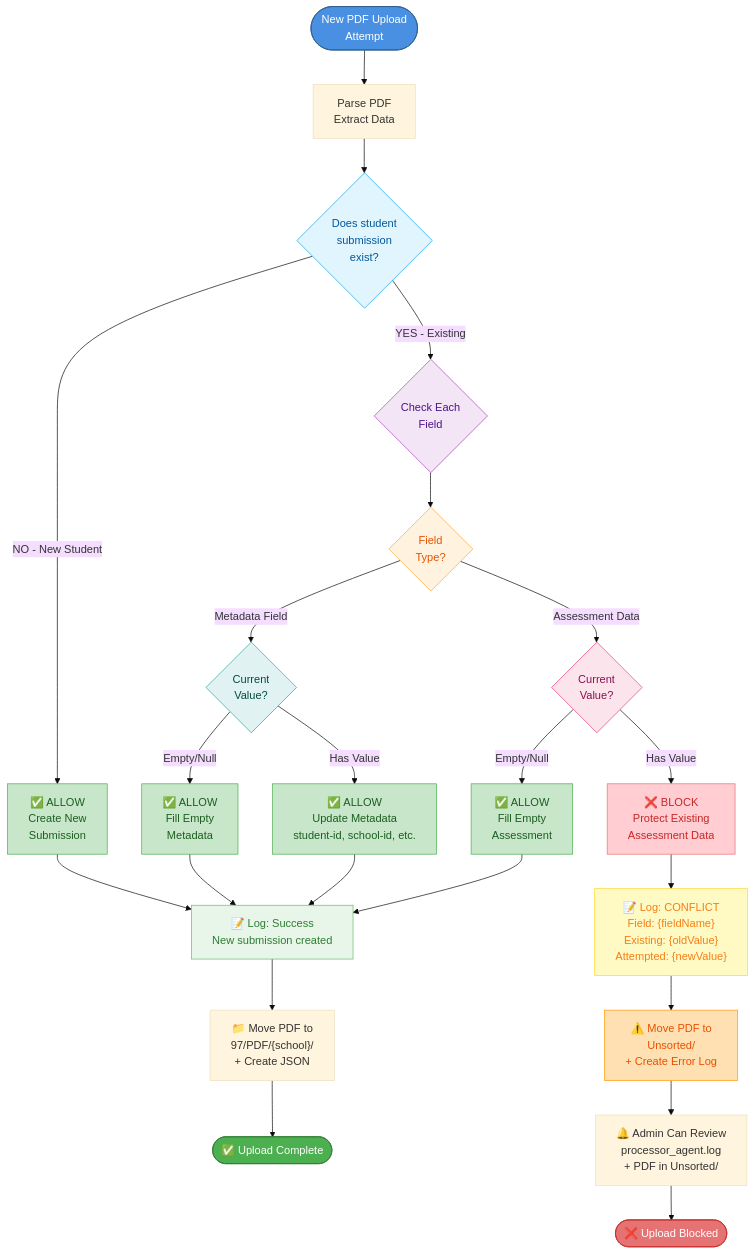
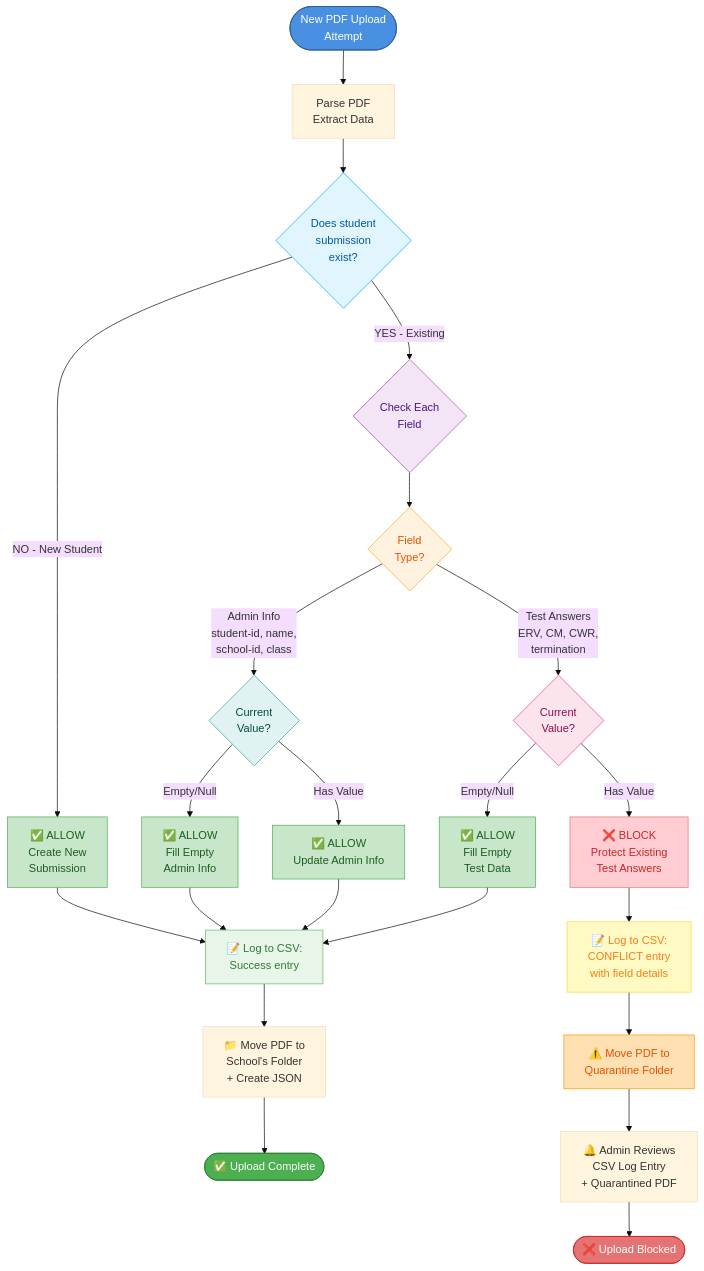
Before and after one commit to herman925/4Set-Server: the fourth of 4 diagrams in PRDs/assessment_uploader_user_guide_prd.md, drawn with Mermaid (base theme). The commit also changed other lines of this file and 1 other file, not shown here.

Commit message:
Fix flowchart terminology, folder paths, log format, and styling issues per feedback

````diff
--- a/PRDs/assessment_uploader_user_guide_prd.md
+++ b/PRDs/assessment_uploader_user_guide_prd.md
@@ -401,52 +407,52 @@
 ```mermaid
 flowchart TD
     Start([New PDF Upload<br/>Attempt]) --> Parse[Parse PDF<br/>Extract Data]
     
     Parse --> Search{Does student<br/>submission<br/>exist?}
     
     Search -->|NO - New Student| AllowNew[✅ ALLOW<br/>Create New<br/>Submission]
     Search -->|YES - Existing| CheckFields{Check Each<br/>Field}
     
     CheckFields --> FieldType{Field<br/>Type?}
     
-    FieldType -->|Metadata Field| MetaCheck{Current<br/>Value?}
-    MetaCheck -->|Empty/Null| AllowMeta[✅ ALLOW<br/>Fill Empty<br/>Metadata]
-    MetaCheck -->|Has Value| AllowUpdate[✅ ALLOW<br/>Update Metadata<br/>student-id, school-id, etc.]
+    FieldType -->|Admin Info<br/>student-id, name,<br/>school-id, class| MetaCheck{Current<br/>Value?}
+    MetaCheck -->|Empty/Null| AllowMeta[✅ ALLOW<br/>Fill Empty<br/>Admin Info]
+    MetaCheck -->|Has Value| AllowUpdate[✅ ALLOW<br/>Update Admin Info]
     
-    FieldType -->|Assessment Data| DataCheck{Current<br/>Value?}
-    DataCheck -->|Empty/Null| AllowData[✅ ALLOW<br/>Fill Empty<br/>Assessment]
-    DataCheck -->|Has Value| BlockData[❌ BLOCK<br/>Protect Existing<br/>Assessment Data]
+    FieldType -->|Test Answers<br/>ERV, CM, CWR,<br/>termination| DataCheck{Current<br/>Value?}
+    DataCheck -->|Empty/Null| AllowData[✅ ALLOW<br/>Fill Empty<br/>Test Data]
+    DataCheck -->|Has Value| BlockData[❌ BLOCK<br/>Protect Existing<br/>Test Answers]
     
-    AllowNew --> LogSuccess[📝 Log: Success<br/>New submission created]
+    AllowNew --> LogSuccess[📝 Log to CSV:<br/>Success entry]
     AllowMeta --> LogSuccess
     AllowUpdate --> LogSuccess
     AllowData --> LogSuccess
     
-    BlockData --> LogConflict["📝 Log: CONFLICT<br/>Field: {fieldName}<br/>Existing: {oldValue}<br/>Attempted: {newValue}"]
+    BlockData --> LogConflict["📝 Log to CSV:<br/>CONFLICT entry<br/>with field details"]
     
-    LogConflict --> MoveUnsorted["⚠️ Move PDF to<br/>Unsorted/<br/>+ Create Error Log"]
+    LogConflict --> MoveQuarantine["⚠️ Move PDF to<br/>Quarantine Folder"]
     
-    MoveUnsorted --> NotifyAdmin[🔔 Admin Can Review<br/>processor_agent.log<br/>+ PDF in Unsorted/]
+    MoveQuarantine --> NotifyAdmin["🔔 Admin Reviews<br/>CSV Log Entry<br/>+ Quarantined PDF"]
     
-    LogSuccess --> FileSchool["📁 Move PDF to<br/>97/PDF/{school}/<br/>+ Create JSON"]
+    LogSuccess --> FileSchool["📁 Move PDF to<br/>School's Folder<br/>+ Create JSON"]
     
     FileSchool --> Complete([✅ Upload Complete])
     NotifyAdmin --> End([❌ Upload Blocked])
     
     style Start fill:#4A90E2,stroke:#2E5C8A,color:#fff
     style Complete fill:#4CAF50,stroke:#2E7D32,color:#fff
     style End fill:#E57373,stroke:#C62828,color:#fff
     style AllowNew fill:#C8E6C9,stroke:#4CAF50,color:#1B5E20
     style AllowMeta fill:#C8E6C9,stroke:#4CAF50,color:#1B5E20
     style AllowUpdate fill:#C8E6C9,stroke:#4CAF50,color:#1B5E20
     style AllowData fill:#C8E6C9,stroke:#4CAF50,color:#1B5E20
     style BlockData fill:#FFCDD2,stroke:#E57373,color:#C62828
-    style MoveUnsorted fill:#FFE0B2,stroke:#FF9800,color:#E65100
+    style MoveQuarantine fill:#FFE0B2,stroke:#FF9800,color:#E65100
     style LogConflict fill:#FFF9C4,stroke:#FDD835,color:#F57F17
     style LogSuccess fill:#E8F5E9,stroke:#66BB6A,color:#2E7D32
     style Search fill:#E1F5FE,stroke:#03A9F4,color:#01579B
     style CheckFields fill:#F3E5F5,stroke:#AB47BC,color:#4A148C
     style FieldType fill:#FFF3E0,stroke:#FFA726,color:#E65100
     style MetaCheck fill:#E0F2F1,stroke:#26A69A,color:#004D40
     style DataCheck fill:#FCE4EC,stroke:#EC407A,color:#880E4F
 ```
````
